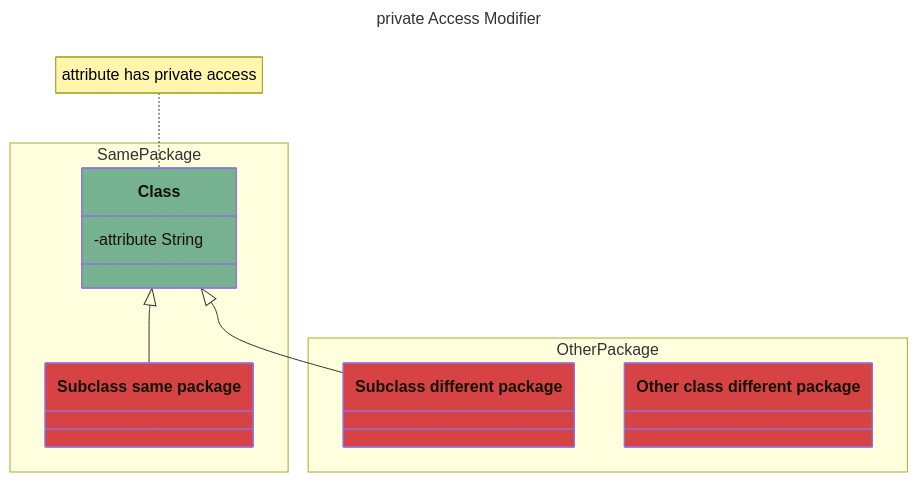
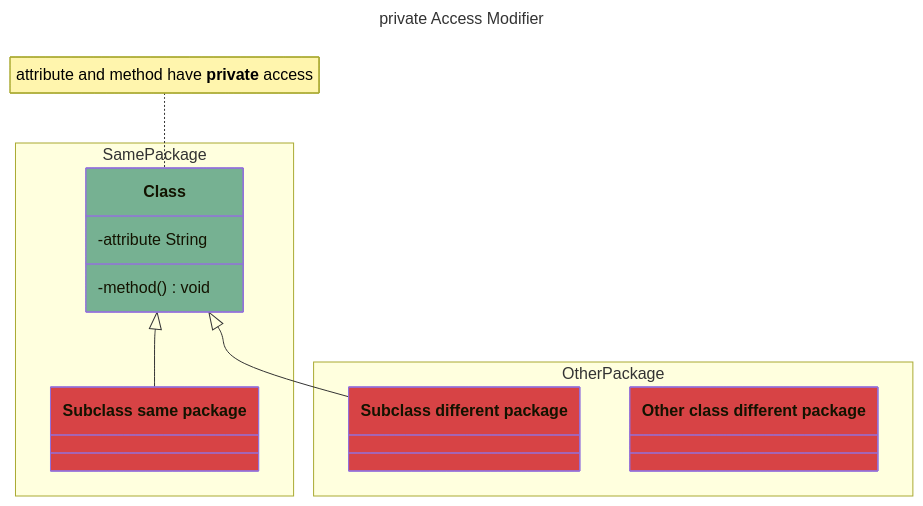
The second of 4 diagrams in README.md (ebouchut-laplateforme/java-fundamentals), drawn with Mermaid before and after one commit. The commit also changed other lines of this file, not shown here.

Commit message:
docs(README): Document access modifiers for method

````diff
--- a/README.md
+++ b/README.md
@@ -61,30 +62,31 @@
 ```mermaid
 ---
 title: private Access Modifier
 ---
 classDiagram
     direction TB
     
     namespace SamePackage {
         class Class:::can_access {
             -attribute String
+            -method()  void
         }
         class Subclass["Subclass same package"]:::cannot_access {
         }
     }
-    note for Class "attribute has private access"
+    note for Class "attribute and method have **private** access"
     Class <|-- Subclass
     
     namespace OtherPackage {
         class SubclassOtherPackage["Subclass different package"]:::cannot_access {
         }
         class ClassOtherPackage["Other class different package"]:::cannot_access {
             
         }
     }
     Class <|-- SubclassOtherPackage
     
     
     classDef can_access    fill:#76B192
     classDef cannot_access fill:#D74345
 ```
````
